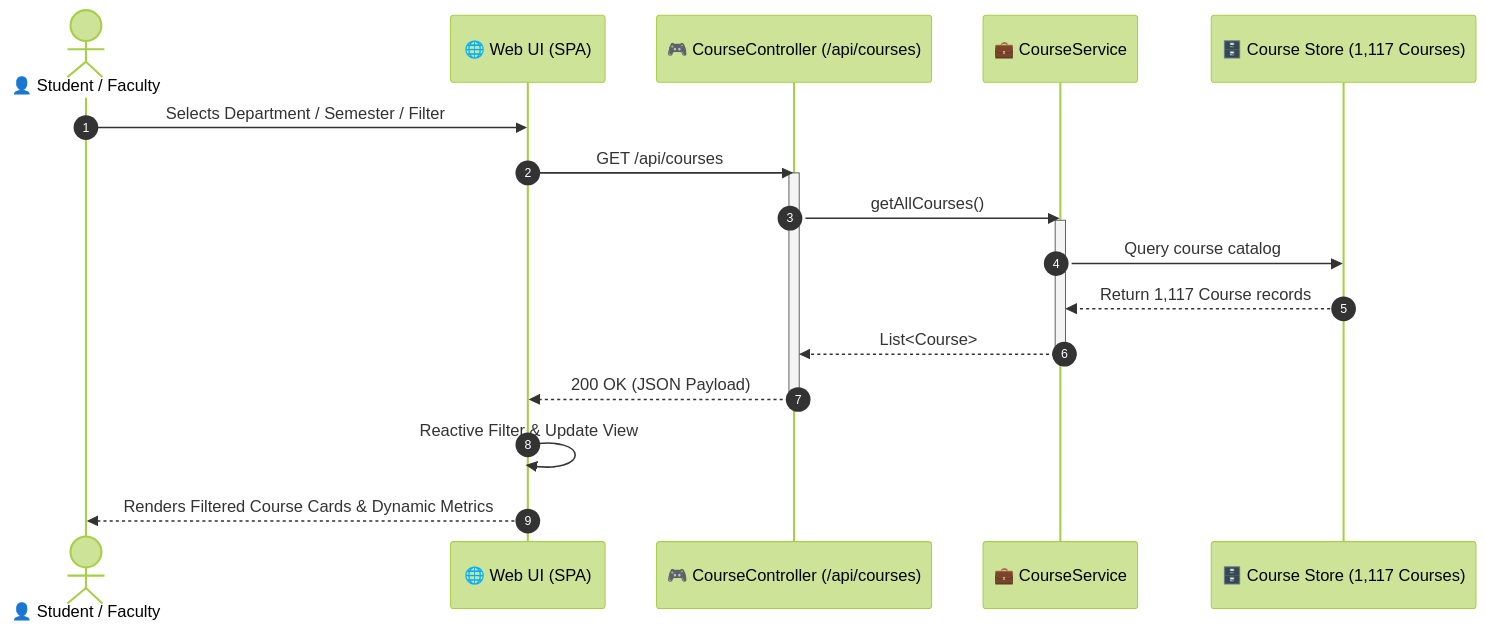
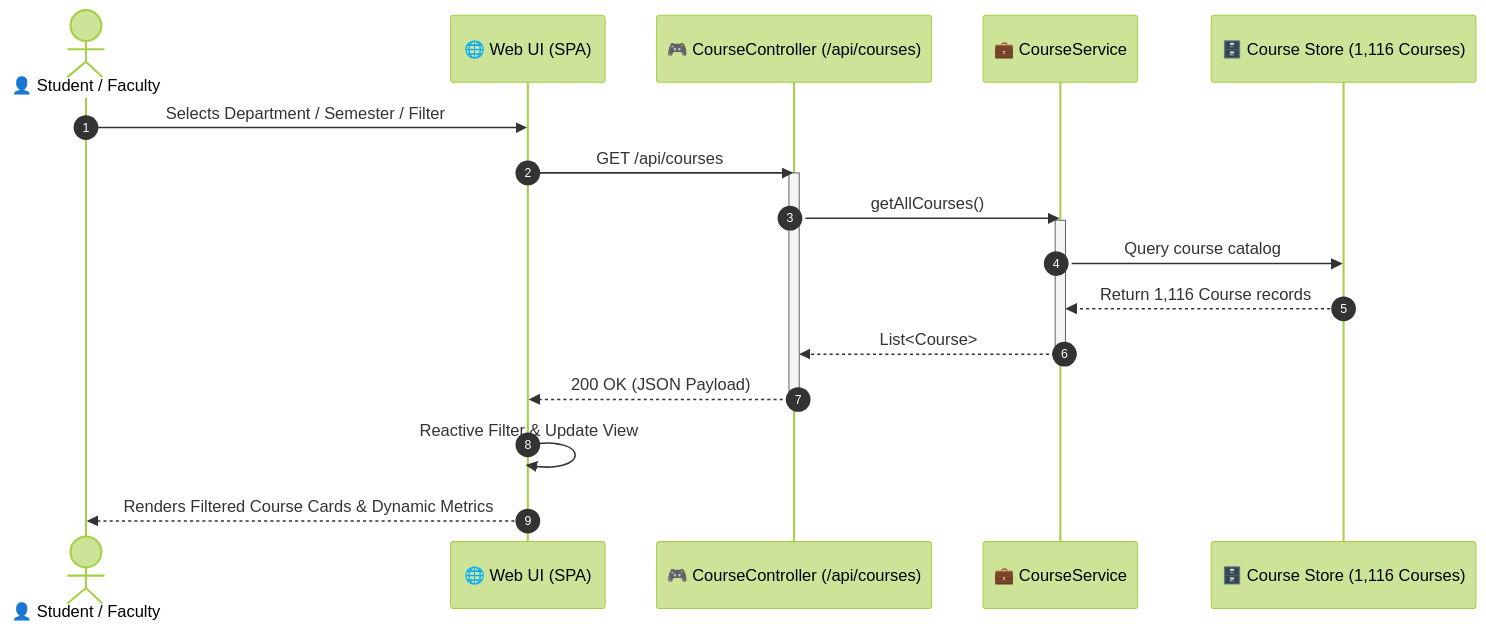
Before and after one commit to Ridwanulkarim/iiucRESTAPI: the second of 2 diagrams in README.md, drawn with Mermaid (forest theme). The commit also changed other lines of this file and 3 other files, not shown here.

````diff
--- a/README.md
+++ b/README.md
@@ -100,23 +100,23 @@
 ```mermaid
 sequenceDiagram
     autonumber
     actor User as 👤 Student / Faculty
     participant Browser as 🌐 Web UI (SPA)
     participant Controller as 🎮 CourseController (/api/courses)
     participant Service as 💼 CourseService
-    participant Store as 🗄️ Course Store (1,117 Courses)
+    participant Store as 🗄️ Course Store (1,116 Courses)
 
     User->>Browser: Selects Department / Semester / Filter
     Browser->>Controller: GET /api/courses
     activate Controller
     Controller->>Service: getAllCourses()
     activate Service
     Service->>Store: Query course catalog
-    Store-->>Service: Return 1,117 Course records
+    Store-->>Service: Return 1,116 Course records
     Service-->>Controller: List<Course>
     deactivate Service
     Controller-->>Browser: 200 OK (JSON Payload)
     deactivate Controller
     Browser->>Browser: Reactive Filter & Update View
     Browser-->>User: Renders Filtered Course Cards & Dynamic Metrics
 ```
````
